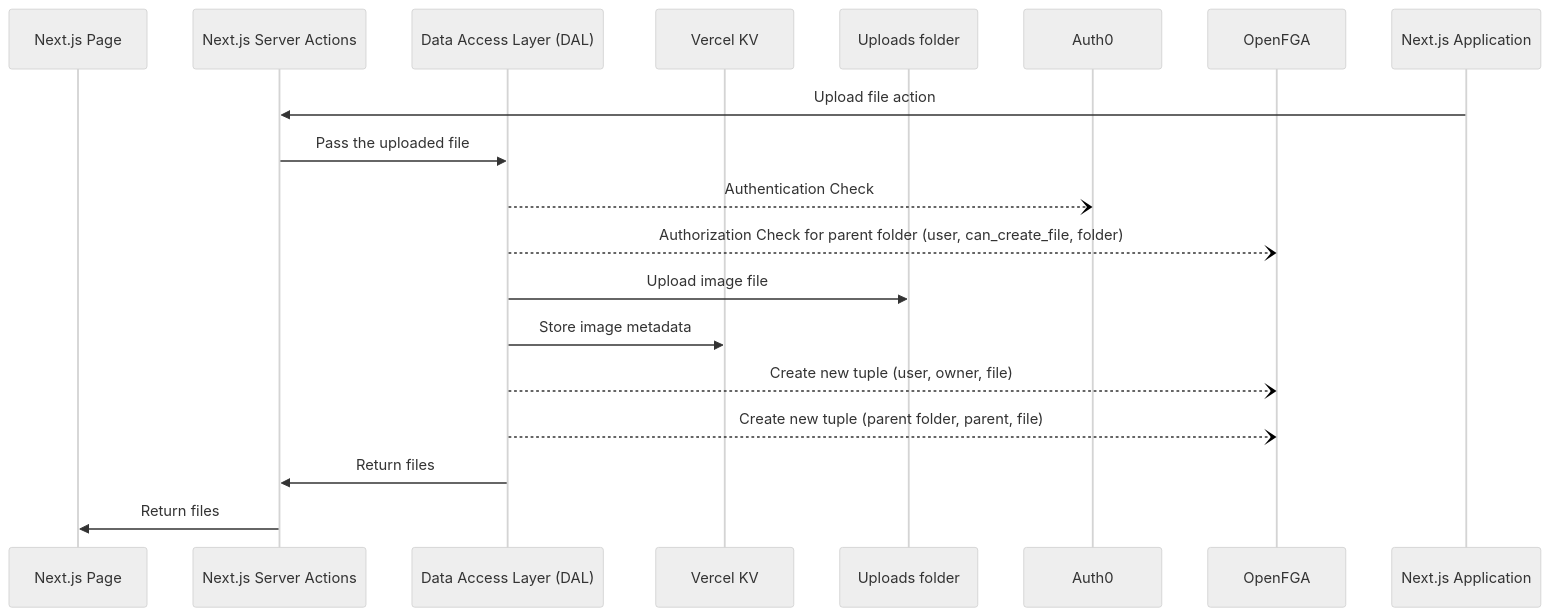
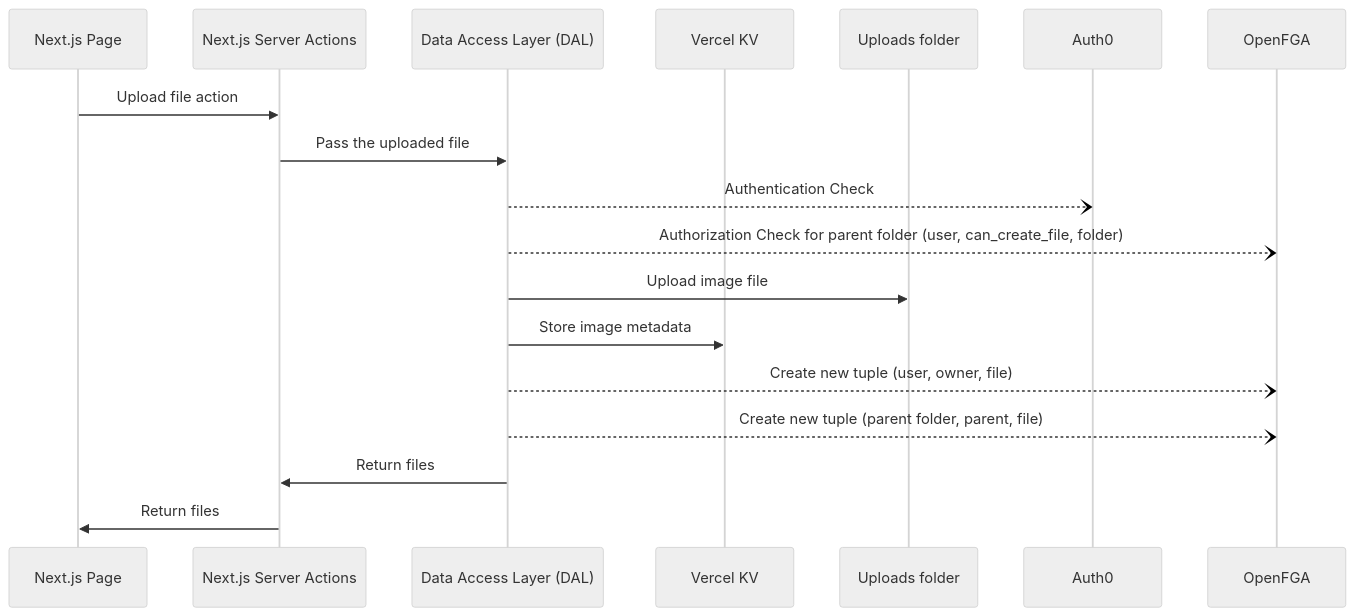
The third of 8 diagrams in README.md (oktadev/fga-drive-example), drawn with Mermaid (neutral theme) before and after one commit.

````diff
--- a/README.md
+++ b/README.md
@@ -238,20 +238,20 @@
 ```mermaid
 sequenceDiagram;
   participant Next.js Page
   participant Next.js Server Actions
   participant Data Access Layer (DAL)
   participant Vercel KV
   participant Uploads folder
   participant Auth0
   participant OpenFGA
-  Next.js Application->>Next.js Server Actions: Upload file action
+  Next.js Page->>Next.js Server Actions: Upload file action
   Next.js Server Actions->>Data Access Layer (DAL): Pass the uploaded file
   Data Access Layer (DAL)--)Auth0: Authentication Check
   Data Access Layer (DAL)--)OpenFGA: Authorization Check for parent folder (user, can_create_file, folder)
   Data Access Layer (DAL)->>Uploads folder: Upload image file
   Data Access Layer (DAL)->>Vercel KV: Store image metadata
   Data Access Layer (DAL)--)OpenFGA: Create new tuple (user, owner, file)
   Data Access Layer (DAL)--)OpenFGA: Create new tuple (parent folder, parent, file)
   Data Access Layer (DAL)->>Next.js Server Actions: Return files
   Next.js Server Actions->>Next.js Page: Return files
 ```
````
